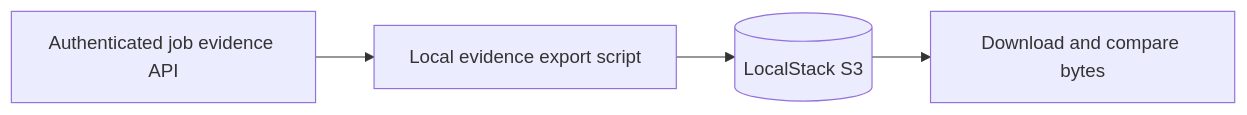
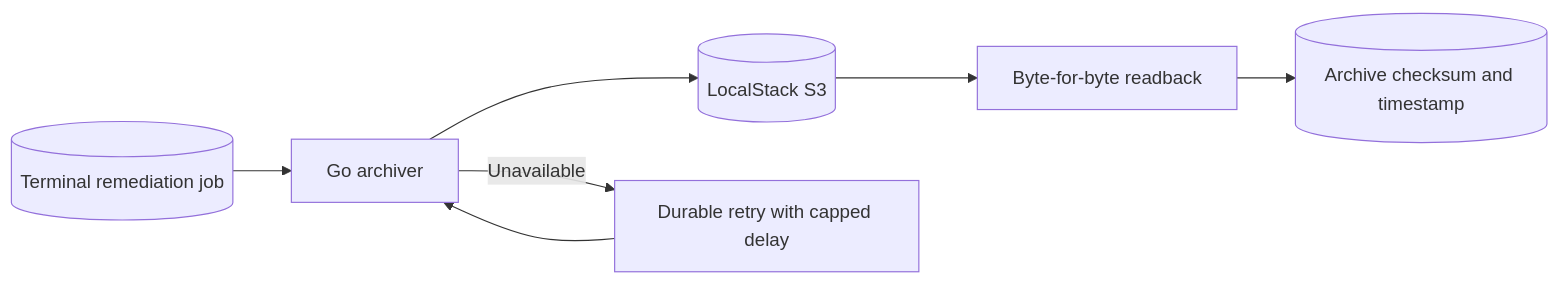
The diagram in docs/architecture/cloud-evidence.md (ABHILASH9519/Project-Aether-Autonomous-Infrastructure-Orchestrator), drawn with Mermaid before and after one commit. The commit also changed other lines of this file and 8 other files, not shown here.

Commit message:
feat(cloud): deliver terminal evidence automatically with verified LocalStack S3 readback

````diff
--- a/docs/architecture/cloud-evidence.md
+++ b/docs/architecture/cloud-evidence.md
@@ -5,6 +5,9 @@
 ```mermaid
 flowchart LR
-  Workflow[Authenticated job evidence API] --> Export[Local evidence export script]
-  Export --> S3[(LocalStack S3)]
-  S3 --> Readback[Download and compare bytes]
+ Job[(Terminal remediation job)] --> Worker[Go archiver]
+ Worker --> S3[(LocalStack S3)]
+ S3 --> Verify[Byte-for-byte readback]
+ Verify --> Mark[(Archive checksum and timestamp)]
+ Worker -->|Unavailable| Retry[Durable retry with capped delay]
+ Retry --> Worker
 ```
````
